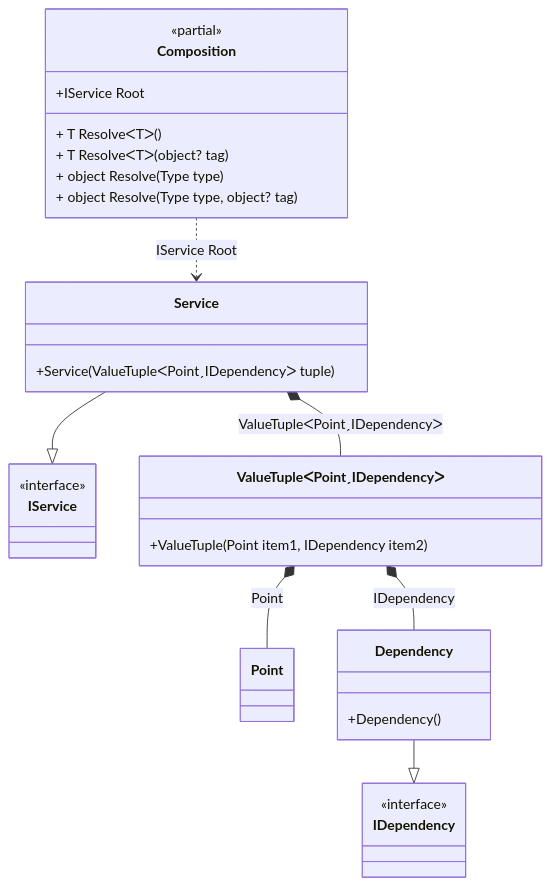
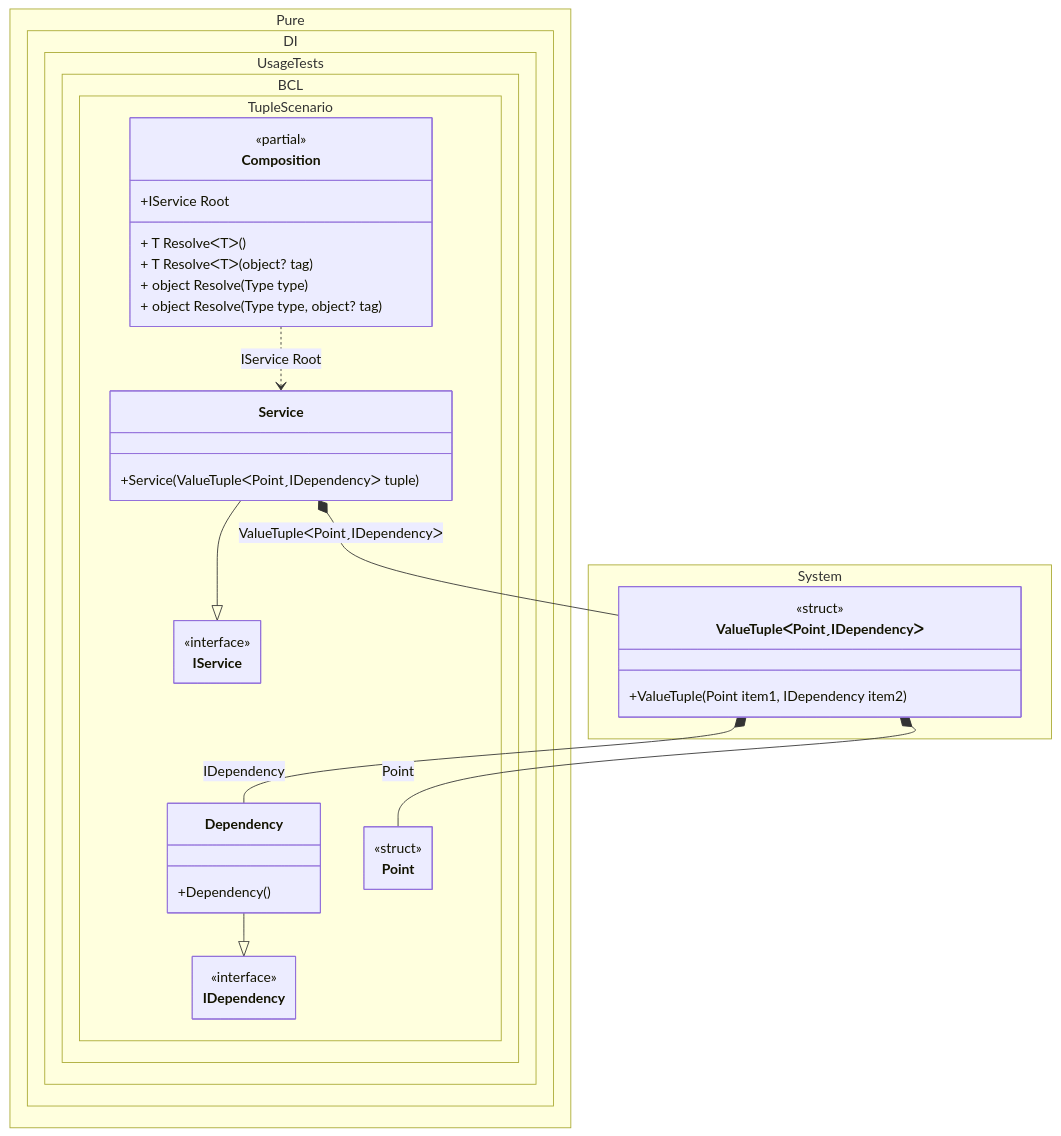
The diagram in readme/tuple.md (DevTeam/Pure.DI), drawn with Mermaid before and after one commit. The commit also changed 103 other files, not shown here.

Commit message:
Improved class diagrams

````diff
--- a/readme/tuple.md
+++ b/readme/tuple.md
@@ -183,33 +183,45 @@
 ```mermaid
+---
+ config:
+  class:
+   hideEmptyMembersBox: true
+---
 classDiagram
-	class Composition {
+	Service --|> IService
+	Dependency --|> IDependency
+	Composition ..> Service : IService Root
+	Service *--  ValueTupleᐸPointˏIDependencyᐳ : ValueTupleᐸPointˏIDependencyᐳ
+	ValueTupleᐸPointˏIDependencyᐳ *--  Point : Point
+	ValueTupleᐸPointˏIDependencyᐳ *--  Dependency : IDependency
+	namespace Pure.DI.UsageTests.BCL.TupleScenario {
+		class Composition {
 		<<partial>>
 		+IService Root
 		+ T ResolveᐸTᐳ()
 		+ T ResolveᐸTᐳ(object? tag)
 		+ object Resolve(Type type)
 		+ object Resolve(Type type, object? tag)
+		}
+		class Dependency {
+			+Dependency()
+		}
+		class IDependency {
+			<<interface>>
+		}
+		class IService {
+			<<interface>>
+		}
+		class Point {
+				<<struct>>
+		}
+		class Service {
+			+Service(ValueTupleᐸPointˏIDependencyᐳ tuple)
+		}
 	}
-	Service --|> IService
-	class Service {
-		+Service(ValueTupleᐸPointˏIDependencyᐳ tuple)
+	namespace System {
+		class ValueTupleᐸPointˏIDependencyᐳ {
+				<<struct>>
+			+ValueTuple(Point item1, IDependency item2)
+		}
 	}
-	class ValueTupleᐸPointˏIDependencyᐳ {
-		+ValueTuple(Point item1, IDependency item2)
-	}
-	class Point
-	Dependency --|> IDependency
-	class Dependency {
-		+Dependency()
-	}
-	class IService {
-		<<interface>>
-	}
-	class IDependency {
-		<<interface>>
-	}
-	Composition ..> Service : IService Root
-	Service *--  ValueTupleᐸPointˏIDependencyᐳ : ValueTupleᐸPointˏIDependencyᐳ
-	ValueTupleᐸPointˏIDependencyᐳ *--  Point : Point
-	ValueTupleᐸPointˏIDependencyᐳ *--  Dependency : IDependency
 ```
````
